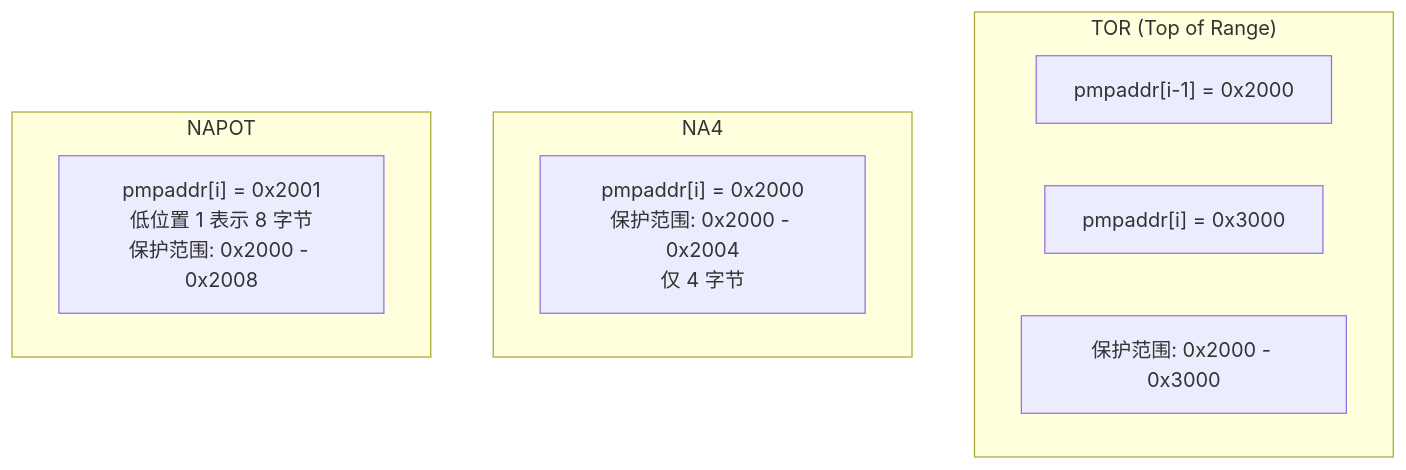
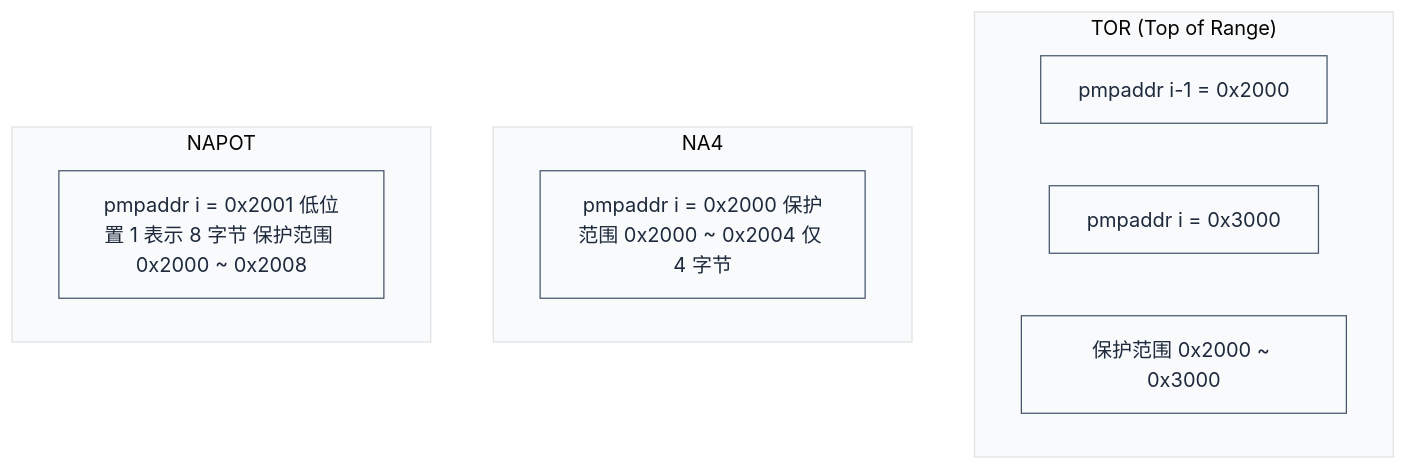
Before and after one commit to swjtuer326/cs-learning-notes: the first of 5 diagrams in riscv/03-privileged/memory-management.md, drawn with Mermaid. The commit also changed other lines of this file and 23 other files, not shown here.

````diff
--- a/riscv/03-privileged/memory-management.md
+++ b/riscv/03-privileged/memory-management.md
@@ -51,16 +66,17 @@
 ```mermaid
+%%{init: {"theme": "base", "themeVariables": {"primaryColor": "#f8fafc", "primaryTextColor": "#1e293b", "primaryBorderColor": "#475569", "lineColor": "#64748b", "secondaryColor": "#f1f5f9", "secondaryBorderColor": "#94a3b8", "tertiaryColor": "#f8fafc", "fontFamily": "\"trebuchet ms\", verdana, arial, sans-serif"}}}%%
 graph TB
     subgraph tor ["TOR (Top of Range)"]
-        TOR1["pmpaddr[i-1] = 0x2000"]
-        TOR2["pmpaddr[i] = 0x3000"]
-        TOR3["保护范围: 0x2000 - 0x3000"]
+        TOR1["pmpaddr i-1 = 0x2000"]
+        TOR2["pmpaddr i = 0x3000"]
+        TOR3["保护范围 0x2000 ~ 0x3000"]
     end
 
     subgraph na4 ["NA4"]
-        NA4["pmpaddr[i] = 0x2000<br/>保护范围: 0x2000 - 0x2004<br/>仅 4 字节"]
+        NA4["pmpaddr i = 0x2000 保护范围 0x2000 ~ 0x2004 仅 4 字节"]
     end
 
     subgraph napot ["NAPOT"]
-        NAPOT["pmpaddr[i] = 0x2001<br/>低位置 1 表示 8 字节<br/>保护范围: 0x2000 - 0x2008"]
+        NAPOT["pmpaddr i = 0x2001 低位置 1 表示 8 字节 保护范围 0x2000 ~ 0x2008"]
     end
 ```
````
